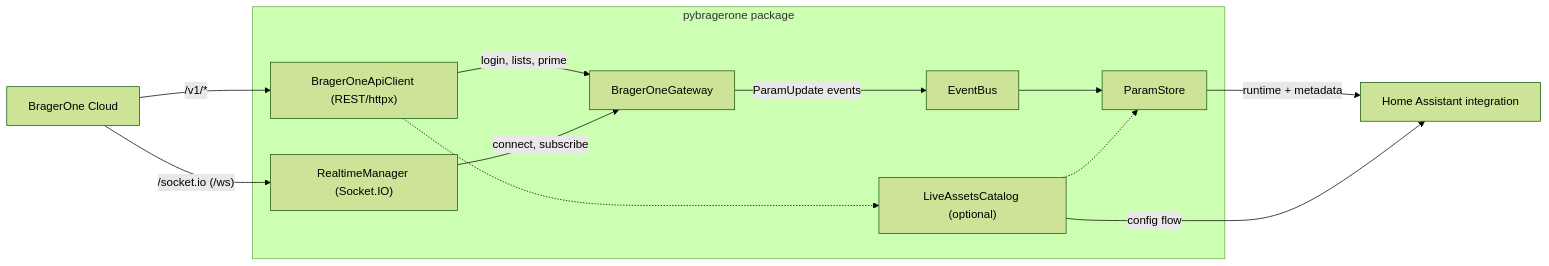
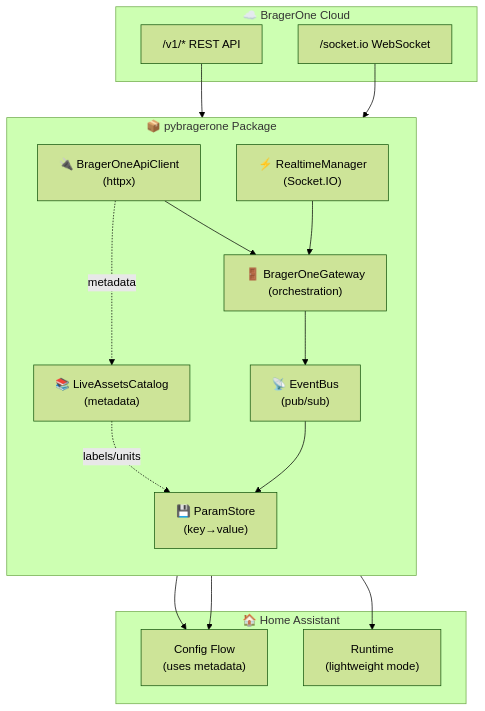
One commit to marpi82/py-bragerone changed the diagram in docs/getting_started.rst. Above: the diagram before and after it, drawn with Mermaid (forest theme). The commit also changed other lines of this file, not shown here.

Commit message:
docs: improve architecture diagram readability
- Change flowchart direction from LR to TB (top-bottom)
- Add emoji icons for better visual recognition
- Use better spacing and grouping of components
- Add descriptive note explaining data flow
- Clearer labels with component purposes
- Better subgraph organization (cloud, package, integration)

Diagram is now much more readable and easier to understand.

```diff
--- a/docs/getting_started.rst
+++ b/docs/getting_started.rst
@@ -34,22 +36,35 @@
 .. mermaid::
 
-   flowchart LR
-     subgraph Client["pybragerone package"]
-       API["BragerOneApiClient (REST/httpx)"]
-       WS["RealtimeManager (Socket.IO)"]
-       GW["BragerOneGateway"]
-       BUS["EventBus"]
-       PS["ParamStore"]
-       CATALOG["LiveAssetsCatalog (optional)"]
-       API -- "login, lists, prime" --> GW
-       WS -- "connect, subscribe" --> GW
-       GW -- "ParamUpdate events" --> BUS
-       BUS --> PS
-       API -.-> CATALOG
-       CATALOG -.-> PS
+   flowchart TB
+     subgraph cloud["☁️ BragerOne Cloud"]
+       REST["/v1/* REST API"]
+       WS["/socket.io WebSocket"]
      end
-     CLOUD["BragerOne Cloud"]
-     CLOUD -- "/v1/*" --> API
-     CLOUD -- "/socket.io (/ws)" --> WS
-     PS -- "runtime + metadata" --> HA["Home Assistant integration"]
-     CATALOG -- "config flow" --> HA
+
+     subgraph pybragerone["📦 pybragerone Package"]
+       direction TB
+       API["🔌 BragerOneApiClient<br/>(httpx)"]
+       REALTIME["⚡ RealtimeManager<br/>(Socket.IO)"]
+       GATEWAY["🚪 BragerOneGateway<br/>(orchestration)"]
+       EVENTBUS["📡 EventBus<br/>(pub/sub)"]
+       STORE["💾 ParamStore<br/>(key→value)"]
+       CATALOG["📚 LiveAssetsCatalog<br/>(metadata)"]
+
+       API --> GATEWAY
+       REALTIME --> GATEWAY
+       GATEWAY --> EVENTBUS
+       EVENTBUS --> STORE
+       API -.metadata.-> CATALOG
+       CATALOG -.labels/units.-> STORE
+     end
+
+     subgraph integration["🏠 Home Assistant"]
+       CONFIG["Config Flow<br/>(uses metadata)"]
+       RUNTIME["Runtime<br/>(lightweight mode)"]
+     end
+
+     REST --> API
+     WS --> REALTIME
+     STORE --> CONFIG
+     STORE --> RUNTIME
+     CATALOG --> CONFIG
```
